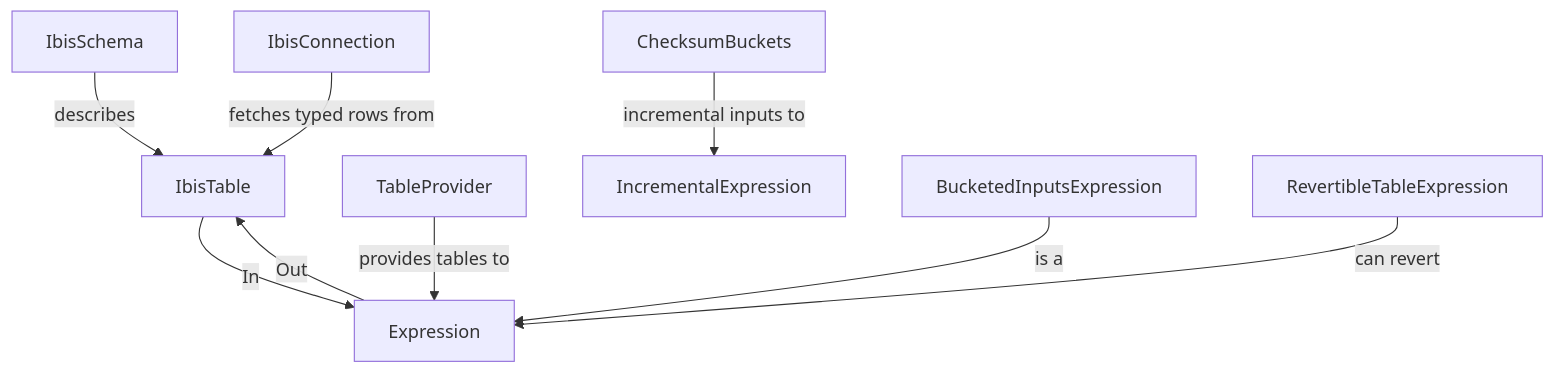
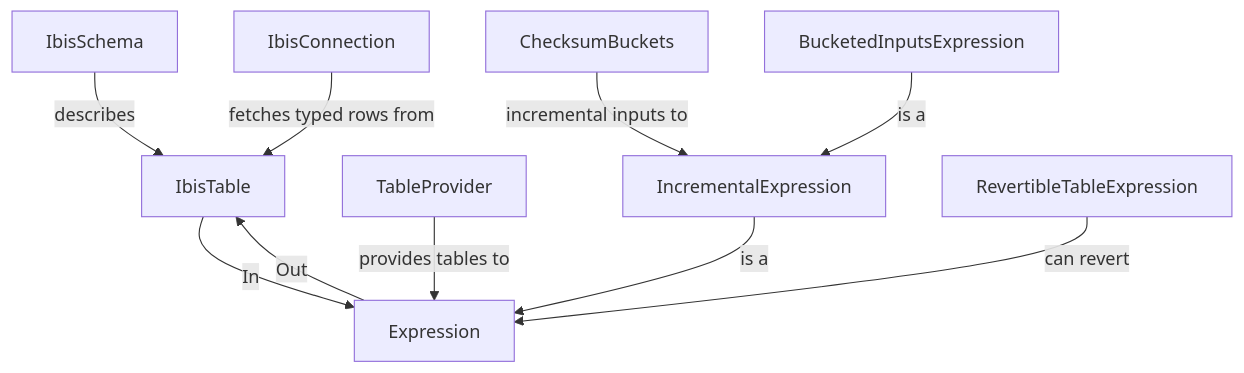
Before and after one commit to FortnoxAB/ibis-typing: the diagram in README.md, drawn with Mermaid.

Commit message:
Potential fix for pull request finding

````diff
--- a/README.md
+++ b/README.md
@@ -95,11 +95,12 @@
 ```mermaid
 graph TD
     IbisSchema -->|describes| IbisTable
     IbisTable -->|In| Expression
     Expression -->|Out| IbisTable
     TableProvider -->|provides tables to| Expression
     IbisConnection -->|fetches typed rows from| IbisTable
     ChecksumBuckets -->|incremental inputs to| IncrementalExpression
-    BucketedInputsExpression -->|is a| Expression
+    IncrementalExpression -->|is a| Expression
+    BucketedInputsExpression -->|is a| IncrementalExpression
     RevertibleTableExpression -->|can revert| Expression
 ```
````
